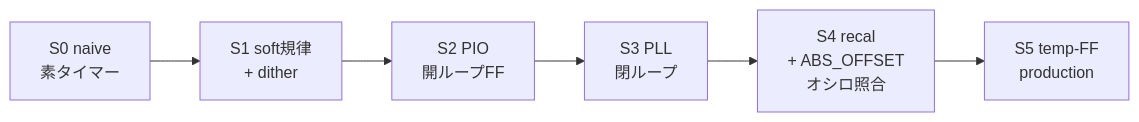
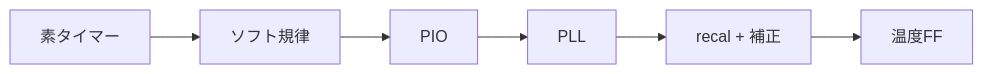
The second of 2 diagrams in docs/report/precision.md (sksat/pico-gnss), drawn with Mermaid before and after one commit. The commit also changed other lines of this file and 2 other files, not shown here.

````diff
--- a/docs/report/precision.md
+++ b/docs/report/precision.md
@@ -27,6 +25,8 @@
 ```mermaid
 flowchart LR
-  S0["S0 naive<br/>素タイマー"] --> S1["S1 soft規律<br/>+ dither"]
-  S1 --> S2["S2 PIO<br/>開ループFF"] --> S3["S3 PLL<br/>閉ループ"]
-  S3 --> S4["S4 recal<br/>+ ABS_OFFSET<br/>オシロ照合"] --> S5["S5 temp-FF<br/>production"]
+  A["素タイマー"] --> B["ソフト規律"]
+  B --> C["PIO"]
+  C --> D["PLL"]
+  D --> E["recal + 補正"]
+  E --> F["温度FF"]
 ```
````
